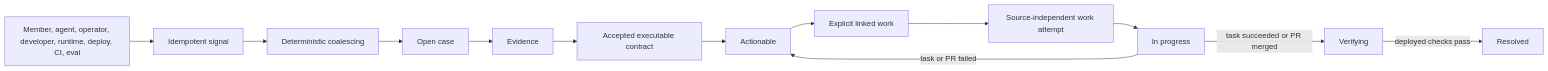
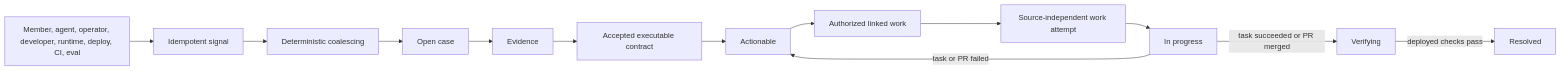
Before and after one commit to Slokh/discord-ai-agent: the diagram in docs/improvements.md, drawn with Mermaid. The commit also changed other lines of this file and 25 other files, not shown here.

````diff
--- a/docs/improvements.md
+++ b/docs/improvements.md
@@ -16,15 +16,15 @@
 ```mermaid
 flowchart LR
   A["Member, agent, operator, developer, runtime, deploy, CI, eval"] --> B["Idempotent signal"]
   B --> C["Deterministic coalescing"]
   C --> D["Open case"]
   D --> E["Evidence"]
   E --> F["Accepted executable contract"]
   F --> G["Actionable"]
-  G --> H["Explicit linked work"]
+  G --> H["Authorized linked work"]
   H --> I["Source-independent work attempt"]
   I --> L["In progress"]
   L -->|"task or PR failed"| G
   L -->|"task succeeded or PR merged"| J["Verifying"]
   J -->|"deployed checks pass"| K["Resolved"]
 ```
````
